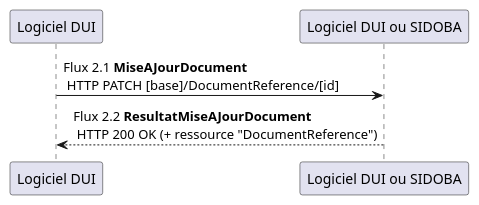
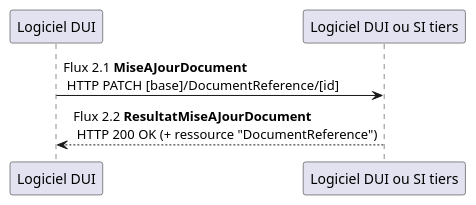
Before and after one commit to ansforge/IG-fhir-transfert-donnees-dui-esms: the diagram in input/images-source/flux3.plantuml, drawn with PlantUML. The commit also changed 5 other files, not shown here.

```diff
--- a/input/images-source/flux3.plantuml
+++ b/input/images-source/flux3.plantuml
@@ -1,6 +1,6 @@
 @startuml
 
-"Logiciel DUI" -> "Logiciel DUI ou SIDOBA" : Flux 2.1 **MiseAJourDocument** \n HTTP PATCH [base]/DocumentReference/[id]
-"Logiciel DUI" <-- "Logiciel DUI ou SIDOBA" : Flux 2.2 **ResultatMiseAJourDocument** \n HTTP 200 OK (+ ressource "DocumentReference")
+"Logiciel DUI" -> "Logiciel DUI ou SI tiers" : Flux 2.1 **MiseAJourDocument** \n HTTP PATCH [base]/DocumentReference/[id]
+"Logiciel DUI" <-- "Logiciel DUI ou SI tiers" : Flux 2.2 **ResultatMiseAJourDocument** \n HTTP 200 OK (+ ressource "DocumentReference")
 
 @enduml
```
